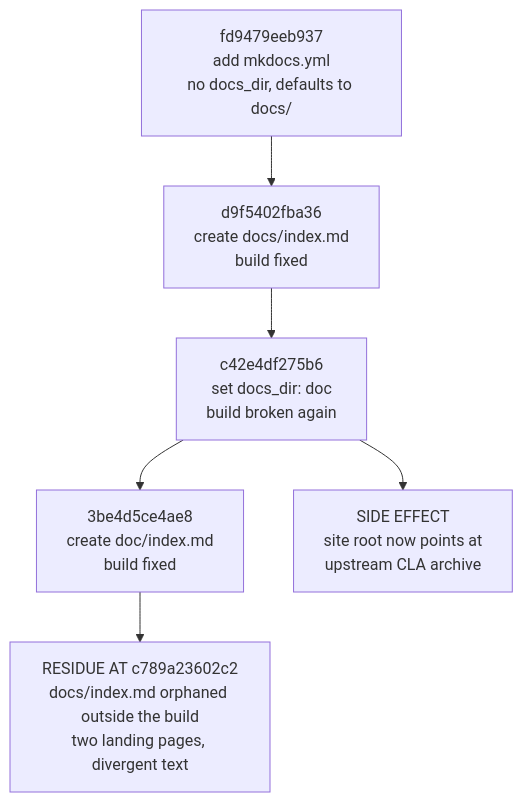
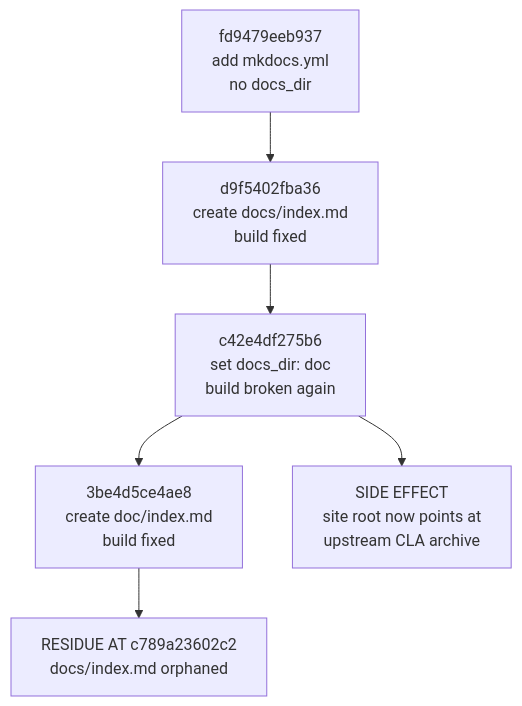
The diagram in docs/change-archaeology-and-review.md (blitzy-research/odoo), drawn with Mermaid before and after one commit. The commit also changed other lines of this file and 3 other files, not shown here.

````diff
--- a/docs/change-archaeology-and-review.md
+++ b/docs/change-archaeology-and-review.md
@@ -173,9 +175,33 @@
 ```mermaid
 graph TD
-    A["fd9479eeb937<br/>add mkdocs.yml<br/>no docs_dir, defaults to docs/"] --> B["d9f5402fba36<br/>create docs/index.md<br/>build fixed"]
-    B --> C["c42e4df275b6<br/>set docs_dir: doc<br/>build broken again"]
-    C --> D["3be4d5ce4ae8<br/>create doc/index.md<br/>build fixed"]
-    D --> E["RESIDUE AT c789a23602c2<br/>docs/index.md orphaned outside the build<br/>two landing pages, divergent text"]
-    C --> F["SIDE EFFECT<br/>site root now points at<br/>upstream CLA archive"]
-%% Reconstructed by replaying commits 4 through 8 of the thirteen agent-authored commits individually
+    accTitle: The documentation-root flip-flop, commits 4 to 8
+    accDescr {
+      Top-to-bottom graph, six nodes, five edges. The chain runs
+      fd9479eeb937, which adds mkdocs.yml with no docs_dir so the
+      root defaults to docs/ and the build breaks because that
+      directory does not exist yet; to d9f5402fba36, which creates
+      docs/index.md and fixes the build; to c42e4df275b6, which sets
+      docs_dir to doc and breaks the build again; to 3be4d5ce4ae8,
+      which creates doc/index.md and fixes the build; and finally to
+      a terminal node reading residue at c789a23602c2, where
+      docs/index.md is orphaned outside the build and two landing
+      pages carry divergent text. A fifth edge branches separately
+      out of c42e4df275b6 to a second terminal node reading side
+      effect, the site root now points at the upstream CLA archive.
+      So c42e4df275b6 is the only node with two outbound edges, and
+      the two terminal nodes are the two consequences that outlived
+      the sequence.
+    }
+    A["fd9479eeb937<br/>add mkdocs.yml<br/>no docs_dir"]
+    B["d9f5402fba36<br/>create docs/index.md<br/>build fixed"]
+    C["c42e4df275b6<br/>set docs_dir: doc<br/>build broken again"]
+    D["3be4d5ce4ae8<br/>create doc/index.md<br/>build fixed"]
+    E["RESIDUE AT c789a23602c2<br/>docs/index.md orphaned"]
+    F["SIDE EFFECT<br/>site root now points at<br/>upstream CLA archive"]
+    A --> B
+    B --> C
+    C --> D
+    D --> E
+    C --> F
+%% Replay of commits 4 to 8 of the thirteen agent-authored commits
 ```
````
